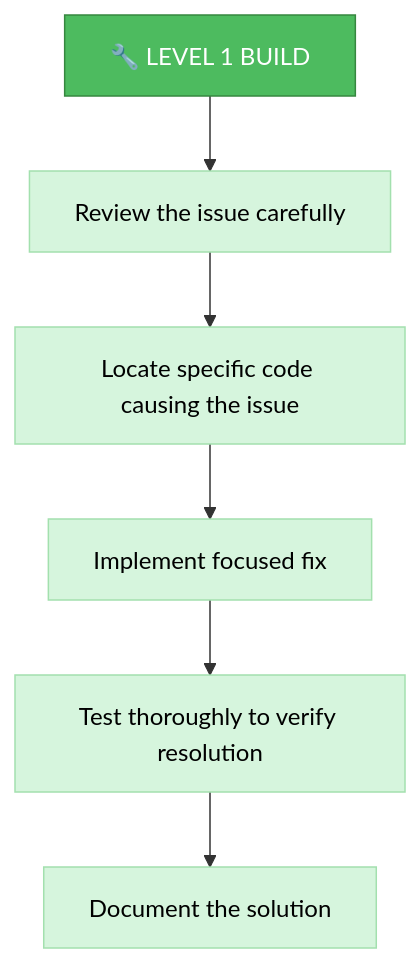
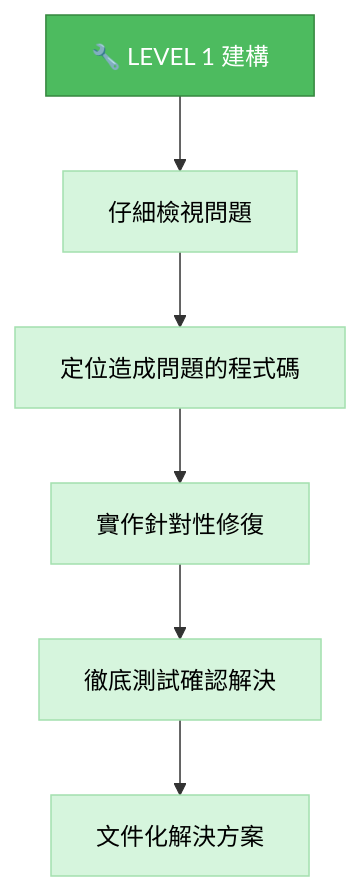
The second of 6 diagrams in 中文化/custom_modes/implement_instructions.md (chenjackle45/cursor-memory-bank-chinese), drawn with Mermaid before and after one commit. The commit also changed other lines of this file and 5 other files, not shown here.

Commit message:
Translate and update documentation for Reflect+Archive and VAN modes to enhance clarity and accessibility for users. Adjusted flowcharts and verification checklists to reflect changes in the development process.

````diff
--- a/中文化/custom_modes/implement_instructions.md
+++ b/中文化/custom_modes/implement_instructions.md
@@ -142,15 +149,15 @@
 ```mermaid
 graph TD
-    L1["🔧 LEVEL 1 BUILD"] --> Review["Review the issue carefully"]
-    Review --> Locate["Locate specific code causing the issue"]
-    Locate --> Fix["Implement focused fix"]
-    Fix --> Test["Test thoroughly to verify resolution"]
-    Test --> Doc["Document the solution"]
-    
+    L1["🔧 LEVEL 1 建構"] --> Review["仔細檢視問題"]
+    Review --> Locate["定位造成問題的程式碼"]
+    Locate --> Fix["實作針對性修復"]
+    Fix --> Test["徹底測試確認解決"]
+    Test --> Doc["文件化解決方案"]
+
     style L1 fill:#4dbb5f,stroke:#36873f,color:white
     style Review fill:#d6f5dd,stroke:#a3e0ae,color:black
     style Locate fill:#d6f5dd,stroke:#a3e0ae,color:black
     style Fix fill:#d6f5dd,stroke:#a3e0ae,color:black
     style Test fill:#d6f5dd,stroke:#a3e0ae,color:black
     style Doc fill:#d6f5dd,stroke:#a3e0ae,color:black
 ```
````
